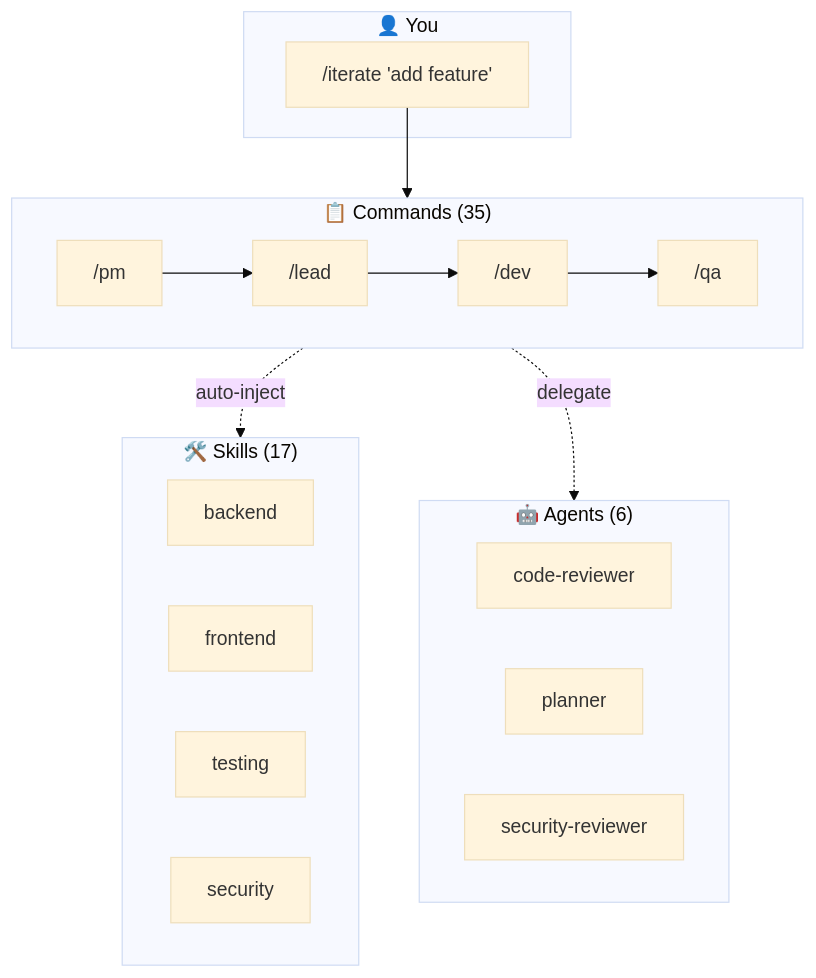
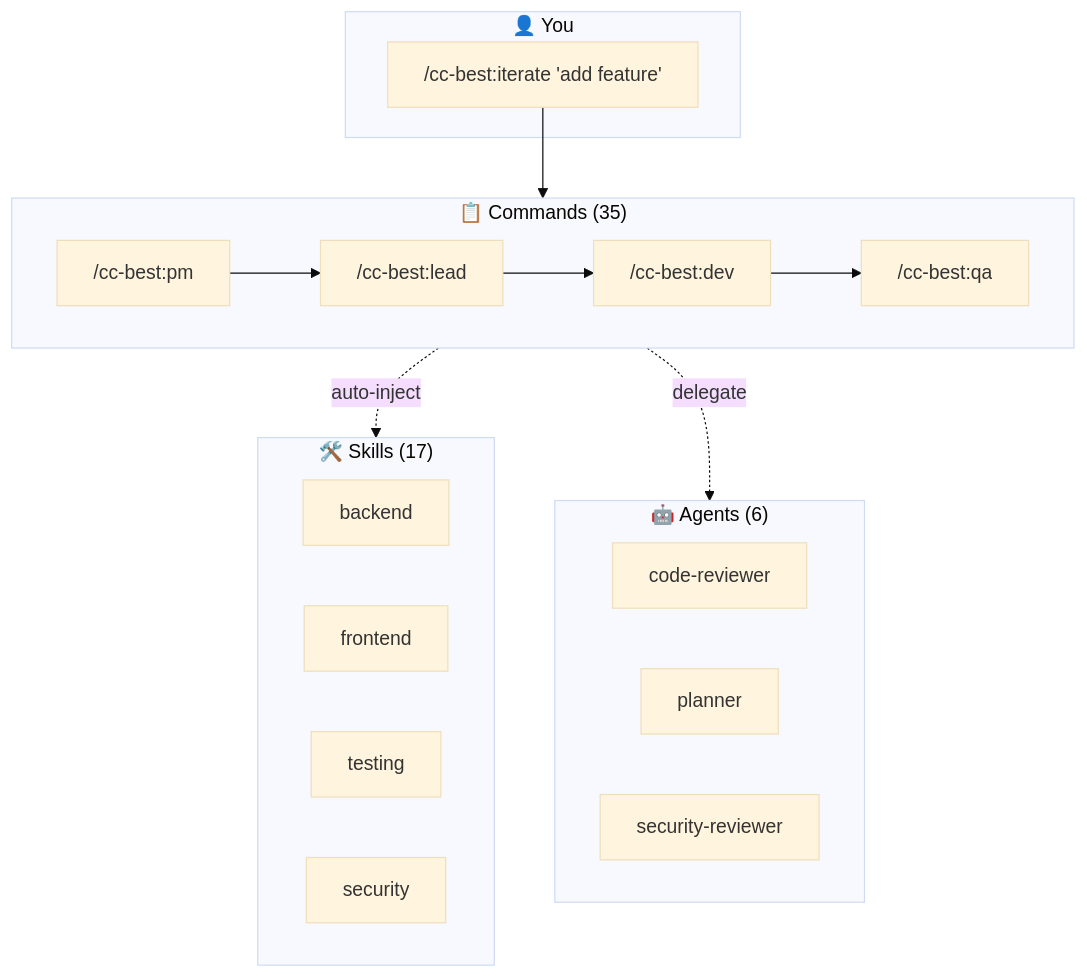
Before and after one commit to xiaobei930/claude-code-best-practices: the second of 2 diagrams in README.md, drawn with Mermaid (base theme). The commit also changed other lines of this file and 58 other files, not shown here.

````diff
--- a/README.md
+++ b/README.md
@@ -259,27 +259,27 @@
 ```mermaid
 flowchart TB
     subgraph User["👤 You"]
-        CMD["/iterate 'add feature'"]
+        CMD["/cc-best:iterate 'add feature'"]
     end
 
     subgraph Commands["📋 Commands (35)"]
-        PM["/pm"] --> Lead["/lead"] --> Dev["/dev"] --> QA["/qa"]
+        PM["/cc-best:pm"] --> Lead["/cc-best:lead"] --> Dev["/cc-best:dev"] --> QA["/cc-best:qa"]
     end
 
     subgraph Skills["🛠️ Skills (17)"]
         S1["backend"]
         S2["frontend"]
         S3["testing"]
         S4["security"]
     end
 
     subgraph Agents["🤖 Agents (6)"]
         A1["code-reviewer"]
         A2["planner"]
         A3["security-reviewer"]
     end
 
     CMD --> Commands
     Commands -.->|"auto-inject"| Skills
     Commands -.->|"delegate"| Agents
 ```
````
